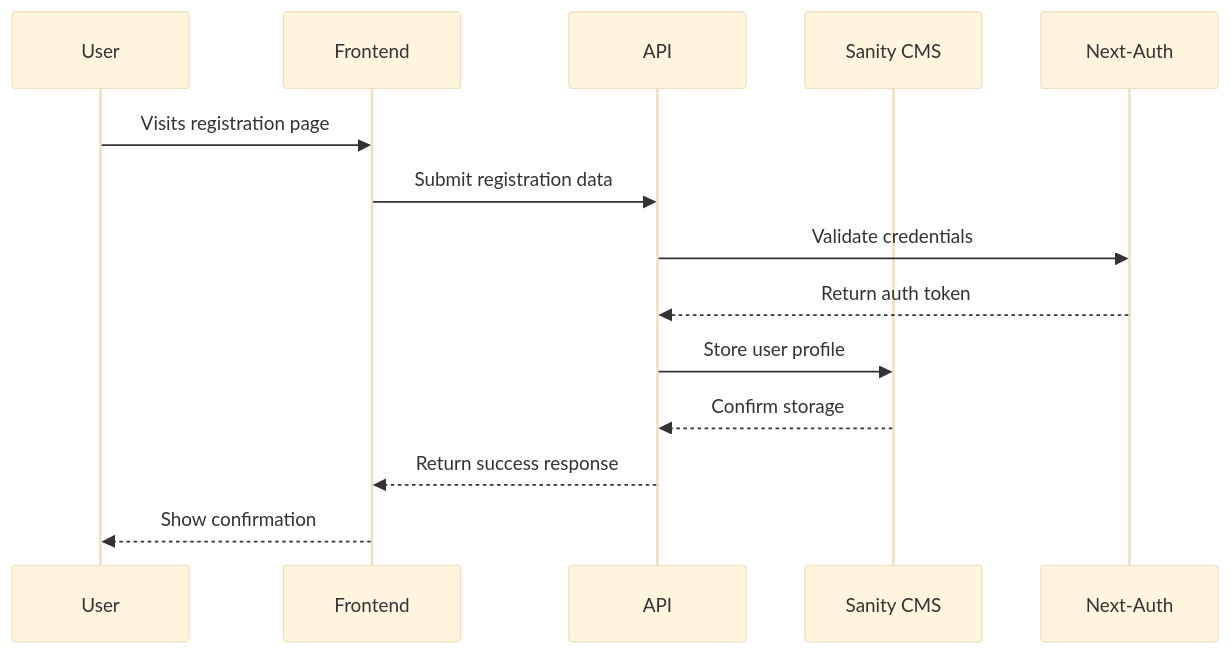
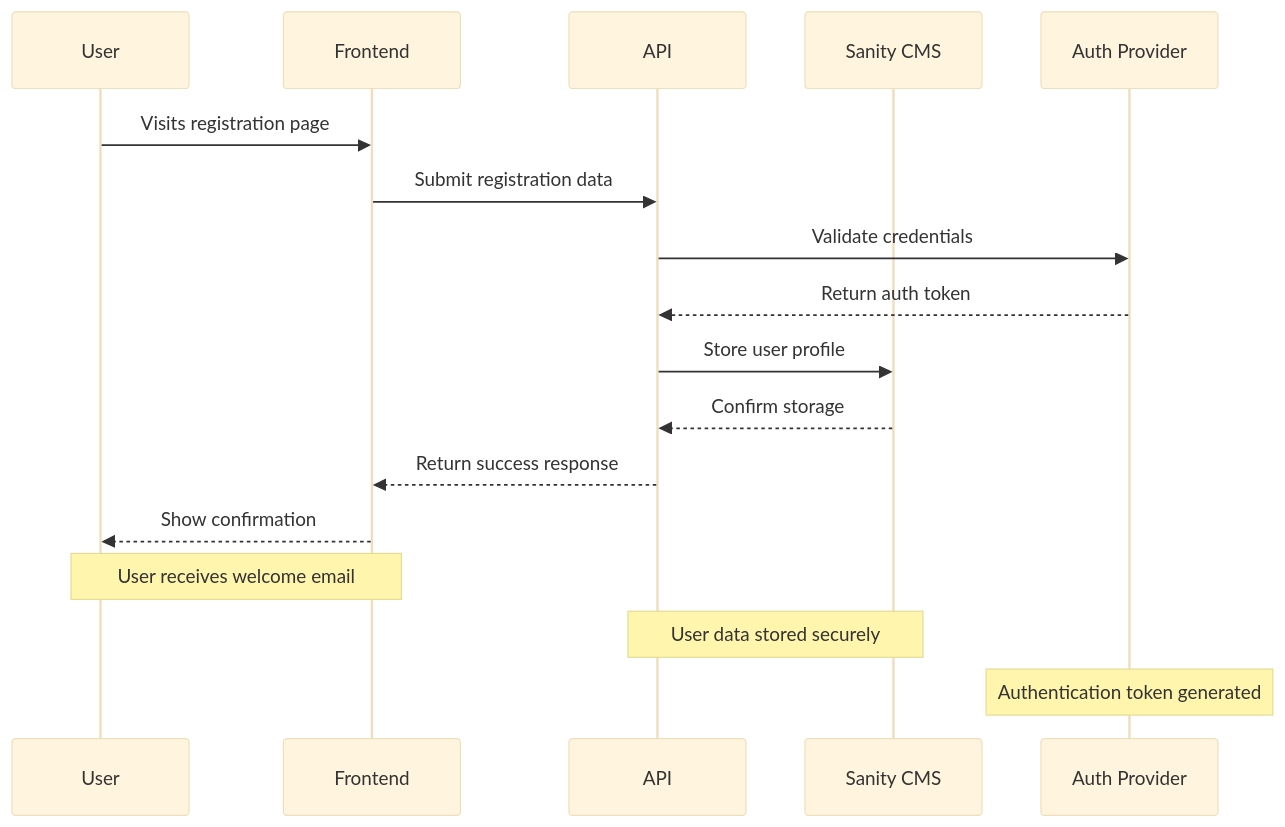
Before and after one commit to Zain-Ul-Abideen00/premium-lifestyle-footwear-marketplace: the second of 5 diagrams in Day2/README.md, drawn with Mermaid (base theme). The commit also changed other lines of this file, not shown here.

Commit message:
updated diagram

````diff
--- a/Day2/README.md
+++ b/Day2/README.md
@@ -67,17 +71,21 @@
 ```mermaid
 sequenceDiagram
     participant U as User
     participant F as Frontend
     participant A as API
     participant S as Sanity CMS
-    participant Auth as Next-Auth
+    participant Auth as Auth Provider
 
     U->>F: Visits registration page
     F->>A: Submit registration data
     A->>Auth: Validate credentials
     Auth-->>A: Return auth token
     A->>S: Store user profile
     S-->>A: Confirm storage
     A-->>F: Return success response
     F-->>U: Show confirmation
+
+    Note over U,F: User receives welcome email
+    Note over A,S: User data stored securely
+    Note over Auth: Authentication token generated
 ```
````
